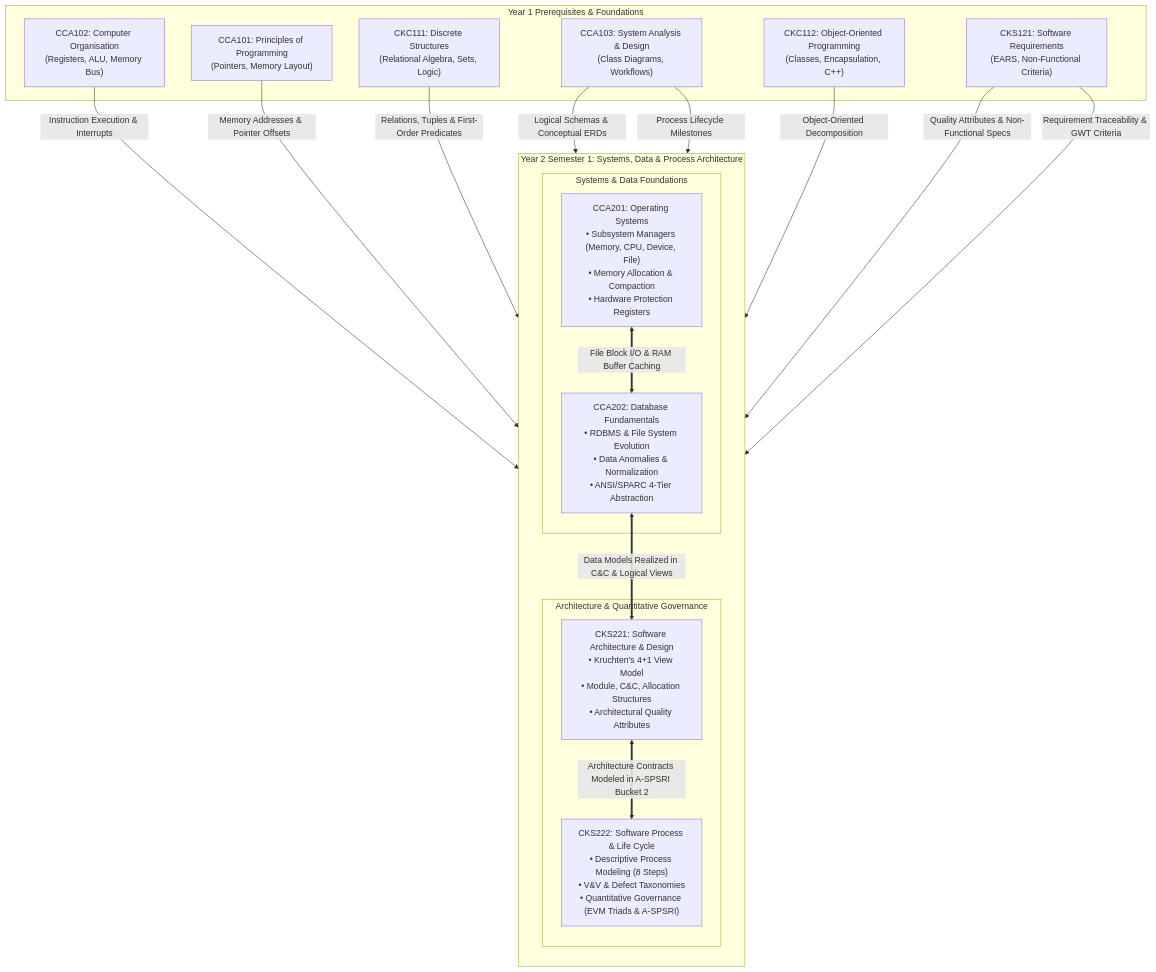
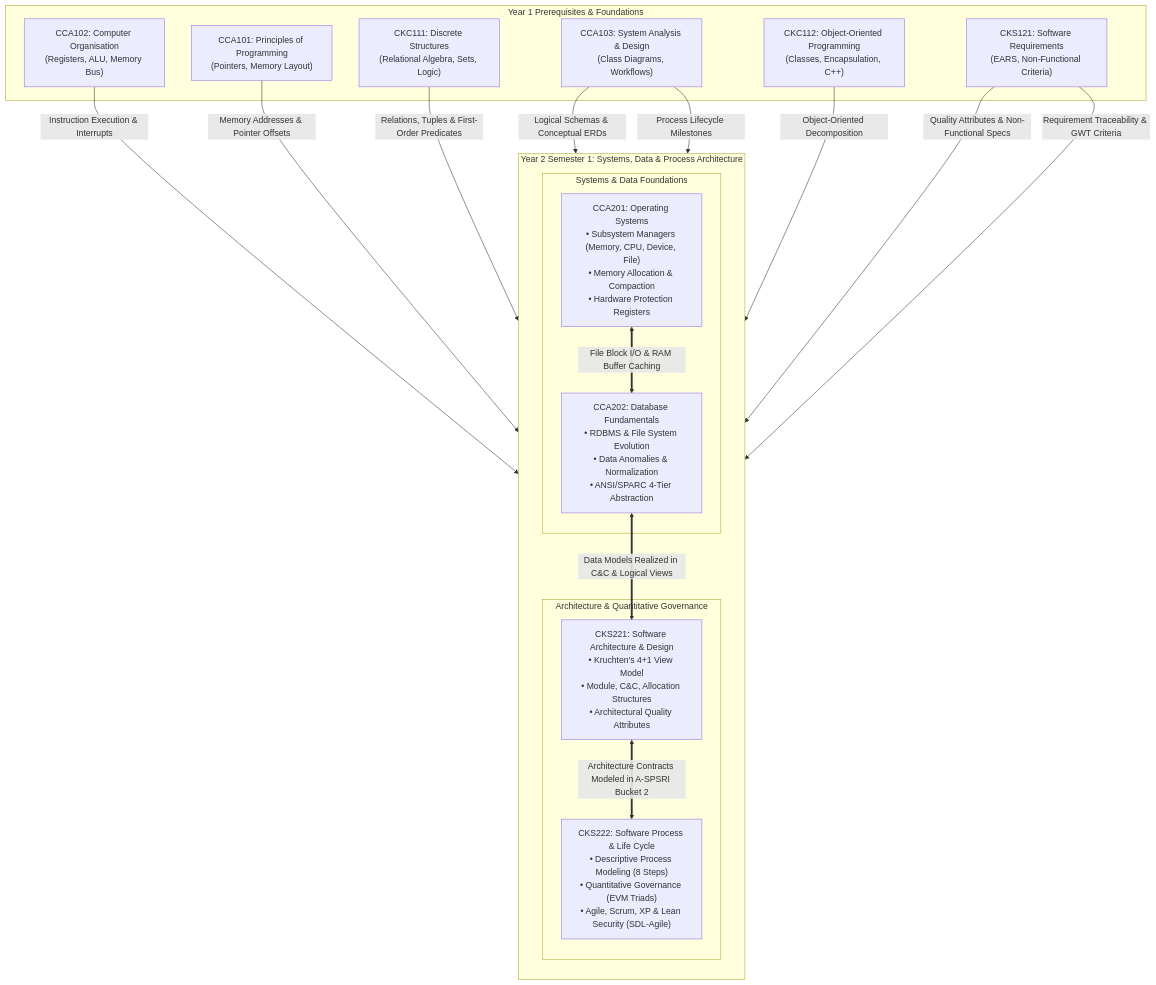
One commit to Fake1Doge/Obsidian-notes changed the first of 6 diagrams in knowledge_Y2.md. Above: the diagram before and after it, drawn with Mermaid. The commit also changed other lines of this file and 14 other files, not shown here.

````diff
--- a/knowledge_Y2.md
+++ b/knowledge_Y2.md
@@ -38,37 +38,37 @@
 ```mermaid
 flowchart TD
     subgraph Y1_Foundations ["Year 1 Prerequisites & Foundations"]
         CCA102["CCA102: Computer Organisation<br/>(Registers, ALU, Memory Bus)"]
         CCA101["CCA101: Principles of Programming<br/>(Pointers, Memory Layout)"]
         CKC111["CKC111: Discrete Structures<br/>(Relational Algebra, Sets, Logic)"]
         CCA103["CCA103: System Analysis & Design<br/>(Class Diagrams, Workflows)"]
         CKC112["CKC112: Object-Oriented Programming<br/>(Classes, Encapsulation, C++)"]
         CKS121["CKS121: Software Requirements<br/>(EARS, Non-Functional Criteria)"]
     end
 
     subgraph Y2S1_Core ["Year 2 Semester 1: Systems, Data & Process Architecture"]
         direction TB
         subgraph InfrastructureLayer ["Systems & Data Foundations"]
             CCA201["CCA201: Operating Systems<br/>• Subsystem Managers (Memory, CPU, Device, File)<br/>• Memory Allocation & Compaction<br/>• Hardware Protection Registers"]
             CCA202["CCA202: Database Fundamentals<br/>• RDBMS & File System Evolution<br/>• Data Anomalies & Normalization<br/>• ANSI/SPARC 4-Tier Abstraction"]
         end
 
         subgraph DesignGovernanceLayer ["Architecture & Quantitative Governance"]
             CKS221["CKS221: Software Architecture & Design<br/>• Kruchten's 4+1 View Model<br/>• Module, C&C, Allocation Structures<br/>• Architectural Quality Attributes"]
-            CKS222["CKS222: Software Process & Life Cycle<br/>• Descriptive Process Modeling (8 Steps)<br/>• V&V & Defect Taxonomies<br/>• Quantitative Governance (EVM Triads & A-SPSRI)"]
+            CKS222["CKS222: Software Process & Life Cycle<br/>• Descriptive Process Modeling (8 Steps)<br/>• Quantitative Governance (EVM Triads)<br/>• Agile, Scrum, XP & Lean Security (SDL-Agile)"]
         end
     end
 
     CCA102 -->|Instruction Execution & Interrupts| CCA201
     CCA101 -->|Memory Addresses & Pointer Offsets| CCA201
     CKC111 -->|Relations, Tuples & First-Order Predicates| CCA202
     CCA103 -->|Logical Schemas & Conceptual ERDs| CCA202
     CKC112 -->|Object-Oriented Decomposition| CKS221
     CKS121 -->|Quality Attributes & Non-Functional Specs| CKS221
     CKS121 -->|Requirement Traceability & GWT Criteria| CKS222
     CCA103 -->|Process Lifecycle Milestones| CKS222
 
     CCA201 <==>|File Block I/O & RAM Buffer Caching| CCA202
     CCA202 <==>|Data Models Realized in C&C & Logical Views| CKS221
     CKS221 <==>|Architecture Contracts Modeled in A-SPSRI Bucket 2| CKS222
 ```
````
